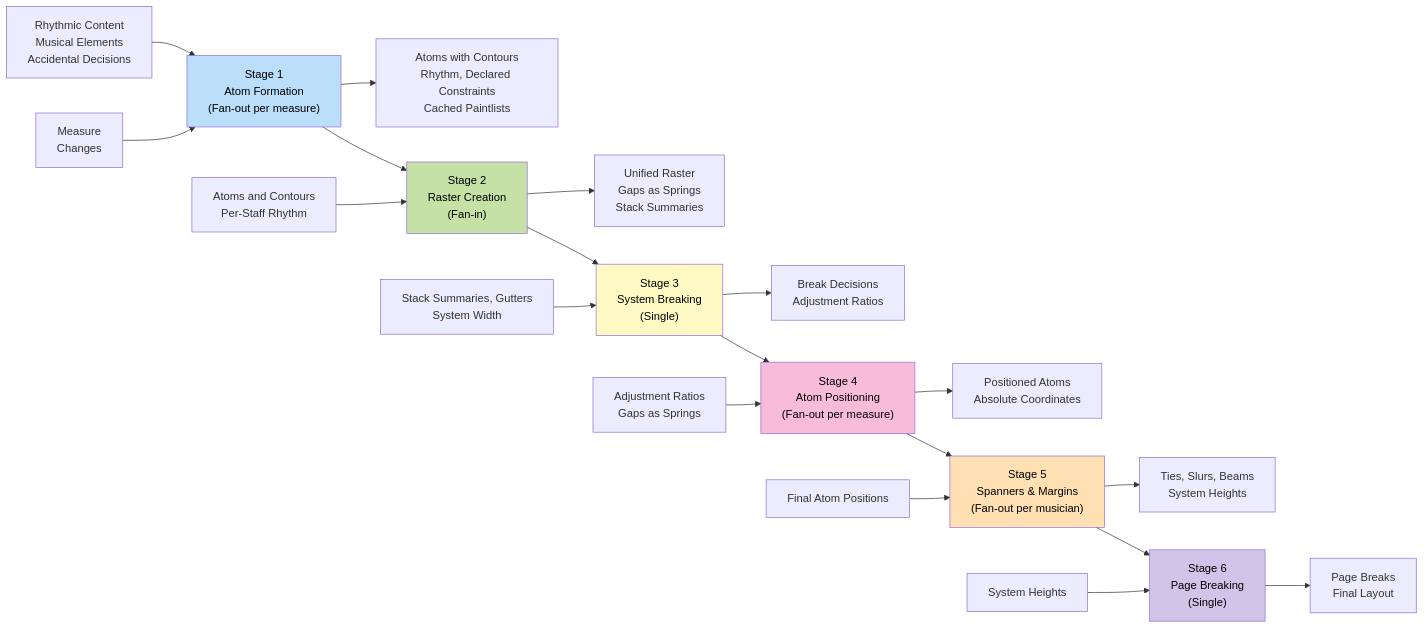
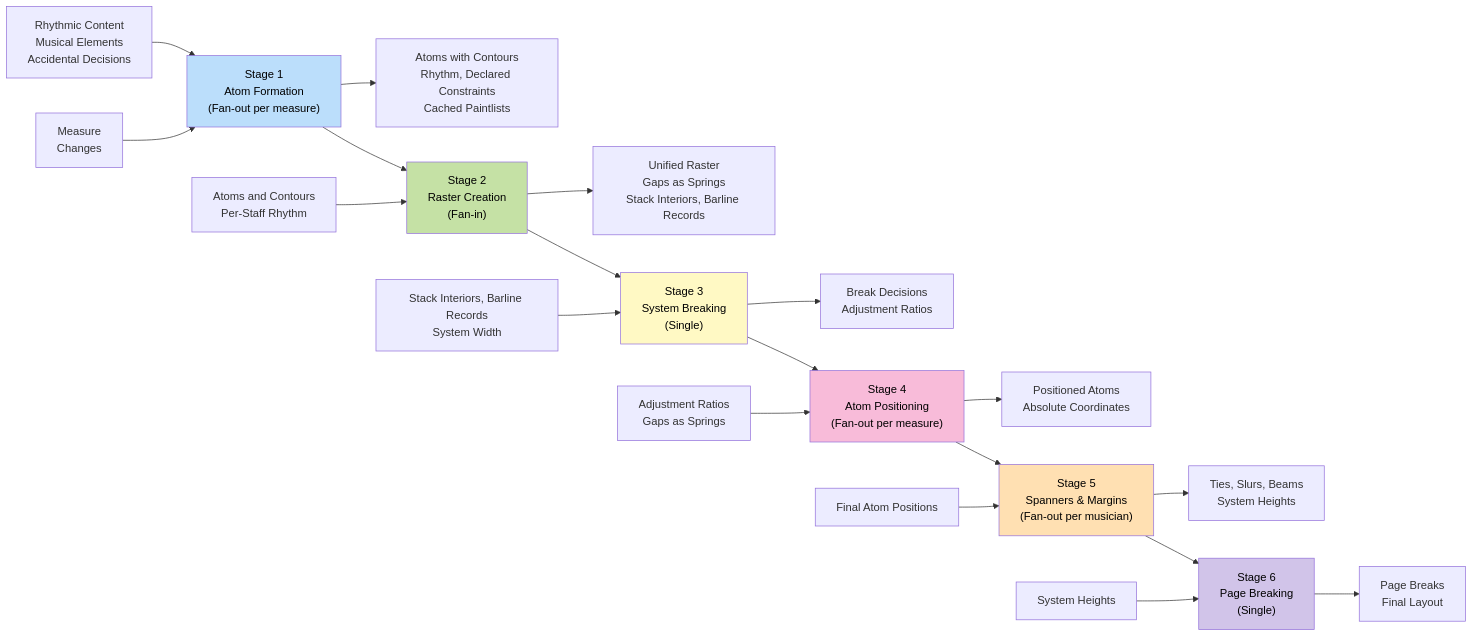
One commit to PeterBengtson/Ooloi-docs changed the first of 4 diagrams in ADRs/0028-Hierarchical-Rendering-Pipeline.md. Above: the diagram before and after it, drawn with Mermaid. The commit also changed other lines of this file and 5 other files, not shown here.

````diff
--- a/ADRs/0028-Hierarchical-Rendering-Pipeline.md
+++ b/ADRs/0028-Hierarchical-Rendering-Pipeline.md
@@ -77,34 +77,34 @@
 ```mermaid
 flowchart LR
     A[Measure<br/>Changes] --> B["Stage 1<br/>Atom Formation<br/>(Fan-out per measure)"]
     B --> C["Stage 2<br/>Raster Creation<br/>(Fan-in)"]
     C --> D["Stage 3<br/>System Breaking<br/>(Single)"]
     D --> E["Stage 4<br/>Atom Positioning<br/>(Fan-out per measure)"]
     E --> F["Stage 5<br/>Spanners & Margins<br/>(Fan-out per musician)"]
     F --> G["Stage 6<br/>Page Breaking<br/>(Single)"]
 
     B1[Rhythmic Content<br/>Musical Elements<br/>Accidental Decisions] --> B
     B --> B2[Atoms with Contours<br/>Rhythm, Declared Constraints<br/>Cached Paintlists]
 
     C1[Atoms and Contours<br/>Per-Staff Rhythm] --> C
-    C --> C2[Unified Raster<br/>Gaps as Springs<br/>Stack Summaries]
+    C --> C2[Unified Raster<br/>Gaps as Springs<br/>Stack Interiors, Barline Records]
 
-    D1[Stack Summaries, Gutters<br/>System Width] --> D
+    D1[Stack Interiors, Barline Records<br/>System Width] --> D
     D --> D2[Break Decisions<br/>Adjustment Ratios]
 
     E1[Adjustment Ratios<br/>Gaps as Springs] --> E
     E --> E2[Positioned Atoms<br/>Absolute Coordinates]
 
     F1[Final Atom Positions] --> F
     F --> F2[Ties, Slurs, Beams<br/>System Heights]
 
     G1[System Heights] --> G
     G --> G2[Page Breaks<br/>Final Layout]
 
     style B fill:#bbdefb,color:#000
     style C fill:#c5e1a5,color:#000
     style D fill:#fff9c4,color:#000
     style E fill:#f8bbd9,color:#000
     style F fill:#ffe0b2,color:#000
     style G fill:#d1c4e9,color:#000
 ```
````
